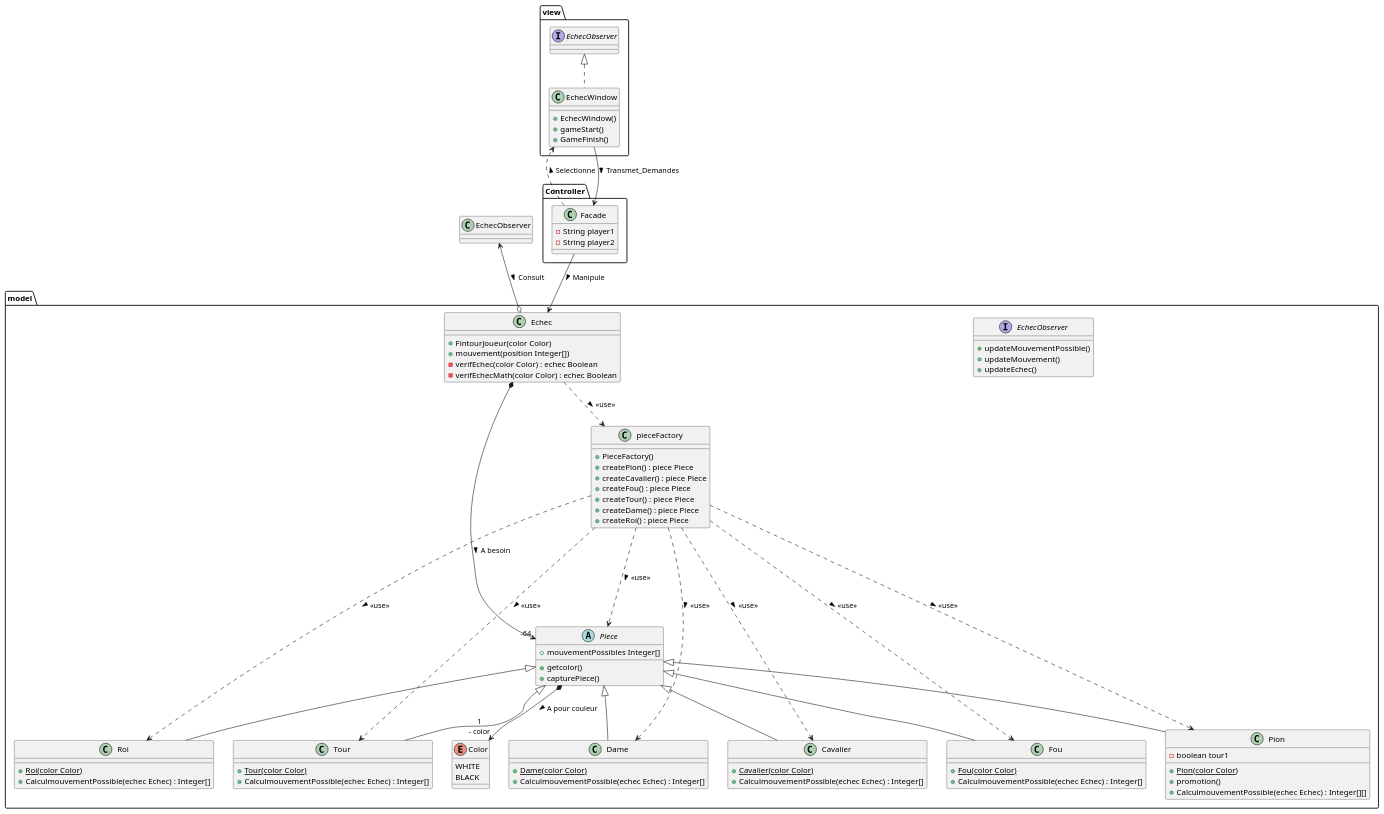
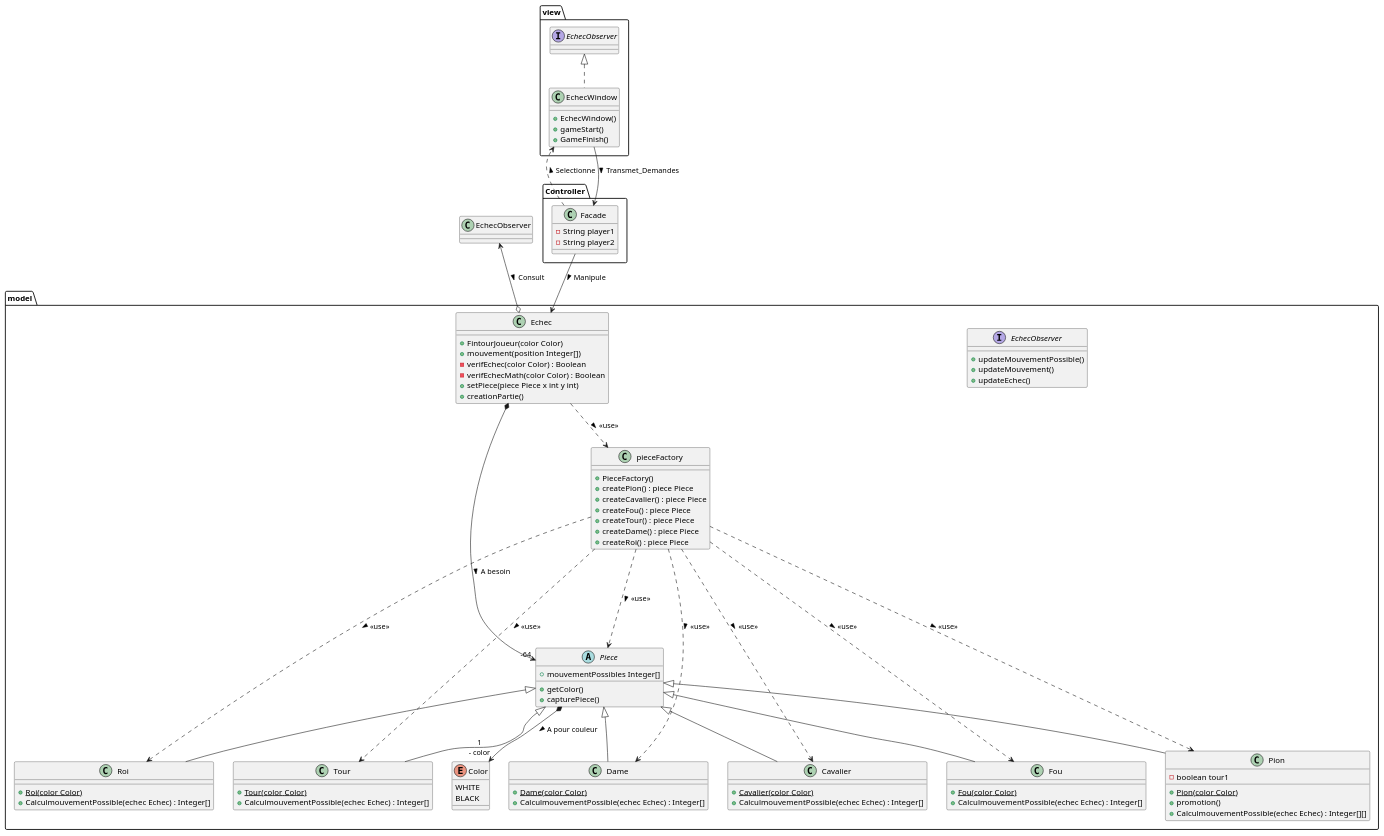
Before and after one commit to Dubimasa/Echec: the diagram in Echec/diagsUML/Diagramme_Class_Echec.puml, drawn with PlantUML. The commit also changed 2 other files, not shown here.

Commit message:
Changement du diagramme

```diff
--- a/Echec/diagsUML/Diagramme_Class_Echec.puml
+++ b/Echec/diagsUML/Diagramme_Class_Echec.puml
@@ -1,112 +1,113 @@
 @startuml
 'https://plantuml.com/class-diagram
-
 
 
 Package Controller
 {
     class Facade
     {
         -String player1
         -String player2
     }
 }
 Package model
 {
     interface EchecObserver
     {
             +updateMouvementPossible()
             +updateMouvement()
             +updateEchec()
     }
 
     class Echec {
     +FintourJoueur(color Color)
     +mouvement(position Integer[])
-    -verifEchec(color Color) : echec Boolean
-    -verifEchecMath(color Color) : echec Boolean
+    -verifEchec(color Color) : Boolean
+    -verifEchecMath(color Color) : Boolean
+    +setPiece(piece Piece x int y int)
+    +creationPartie()
     }
     class pieceFactory
     {
         +PieceFactory()
         +createPion() : piece Piece
         +createCavalier() : piece Piece
         +createFou() : piece Piece
         +createTour() : piece Piece
         +createDame() : piece Piece
         +createRoi() : piece Piece
     }
     abstract class Piece
     {
         +mouvementPossibles Integer[]
-        +getcolor()
+        +getColor()
         +capturePiece()
     }
     class Pion extends Piece
     {
         -boolean tour1
         +{static}Pion(color Color)
         +promotion()
         +CalculmouvementPossible(echec Echec) : Integer[][]
     }
     class Cavalier extends Piece
     {
     +{static}Cavalier(color Color)
     +CalculmouvementPossible(echec Echec) : Integer[]
     }
     class Fou extends Piece
     {
     +{static}Fou(color Color)
     +CalculmouvementPossible(echec Echec) : Integer[]
     }
     class Tour extends Piece
     {
     +{static}Tour(color Color)
     +CalculmouvementPossible(echec Echec) : Integer[]
     }
     class Dame extends Piece
     {
     +{static}Dame(color Color)
     +CalculmouvementPossible(echec Echec) : Integer[]
     }
     class Roi extends Piece
     {
     +{static}Roi(color Color)
     +CalculmouvementPossible(echec Echec) : Integer[]
     }
     Enum Color
     {
         WHITE
         BLACK
     }
 }
 Package view{
 
     class EchecWindow implements EchecObserver
     {
      +EchecWindow()
      +gameStart()
      +GameFinish()
     }
 
 }
 Piece *--> "1\n- color" Color : > A pour couleur
 Echec *--> "-64" Piece : > A besoin
 
 Echec ..> pieceFactory : > <<use>>
 
 pieceFactory ...> Piece : > <<use>>
 pieceFactory ..> Roi : > <<use>>
 pieceFactory ..> Pion : > <<use>>
 pieceFactory ..> Cavalier : > <<use>>
 pieceFactory ..> Fou : > <<use>>
 pieceFactory ..> Dame : > <<use>>
 pieceFactory ..> Tour : > <<use>>
 
 
 EchecObserver <--o Echec : > Consult
 Facade --> Echec : > Manipule
 Facade ..> EchecWindow : > Selectionne
 EchecWindow --> Facade : > Transmet_Demandes
 
 @enduml
```
